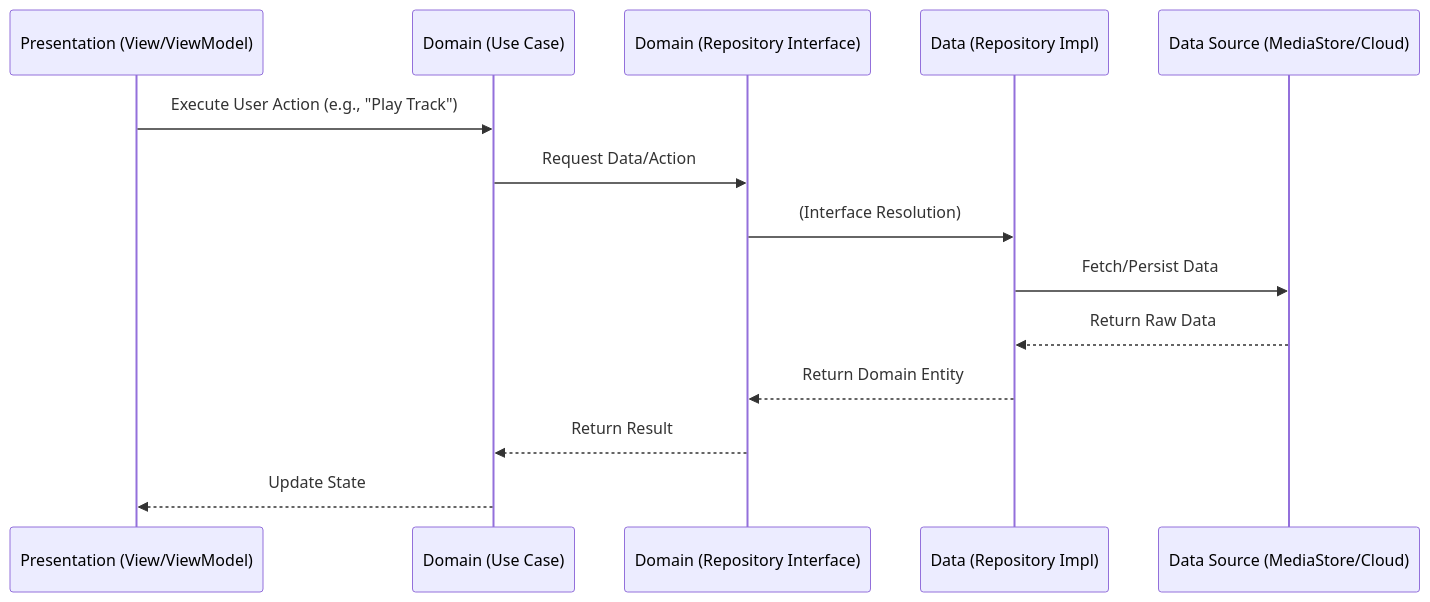
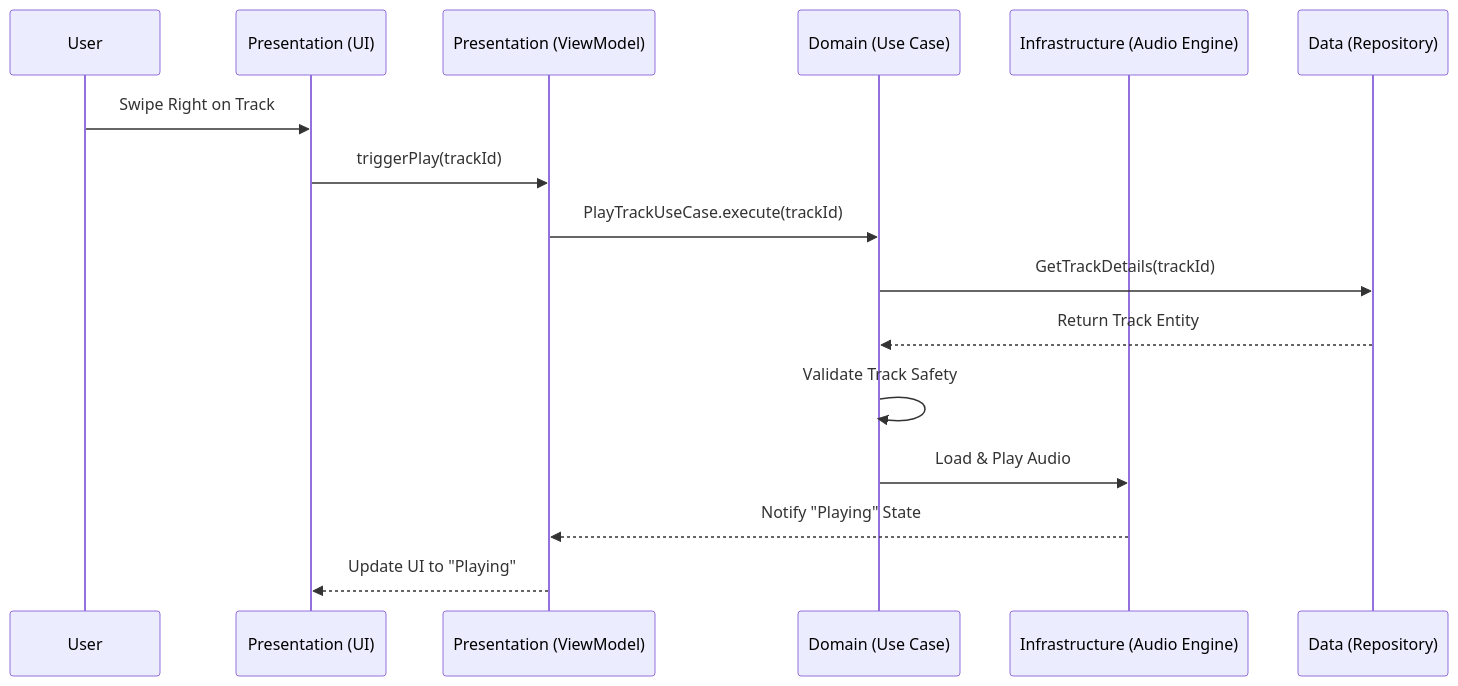
Before and after one commit to photom/SheepPlayer: the second of 2 diagrams in docs/PROJECT_STRUCTURE.md, drawn with Mermaid. The commit also changed other lines of this file and 3 other files, not shown here.

````diff
--- a/docs/PROJECT_STRUCTURE.md
+++ b/docs/PROJECT_STRUCTURE.md
@@ -43,17 +65,19 @@
 ```mermaid
 sequenceDiagram
-    participant UI as Presentation (View/ViewModel)
+    participant User
+    participant Fragment as Presentation (UI)
+    participant VM as Presentation (ViewModel)
     participant UC as Domain (Use Case)
-    participant Rep as Domain (Repository Interface)
-    participant Impl as Data (Repository Impl)
-    participant Source as Data Source (MediaStore/Cloud)
+    participant Player as Infrastructure (Audio Engine)
+    participant Repo as Data (Repository)
 
-    UI->>UC: Execute User Action (e.g., "Play Track")
-    UC->>Rep: Request Data/Action
-    Rep->>Impl: (Interface Resolution)
-    Impl->>Source: Fetch/Persist Data
-    Source-->>Impl: Return Raw Data
-    Impl-->>Rep: Return Domain Entity
-    Rep-->>UC: Return Result
-    UC-->>UI: Update State
+    User->>Fragment: Swipe Right on Track
+    Fragment->>VM: triggerPlay(trackId)
+    VM->>UC: PlayTrackUseCase.execute(trackId)
+    UC->>Repo: GetTrackDetails(trackId)
+    Repo-->>UC: Return Track Entity
+    UC->>UC: Validate Track Safety
+    UC->>Player: Load & Play Audio
+    Player-->>VM: Notify "Playing" State
+    VM-->>Fragment: Update UI to "Playing"
 ```
````
